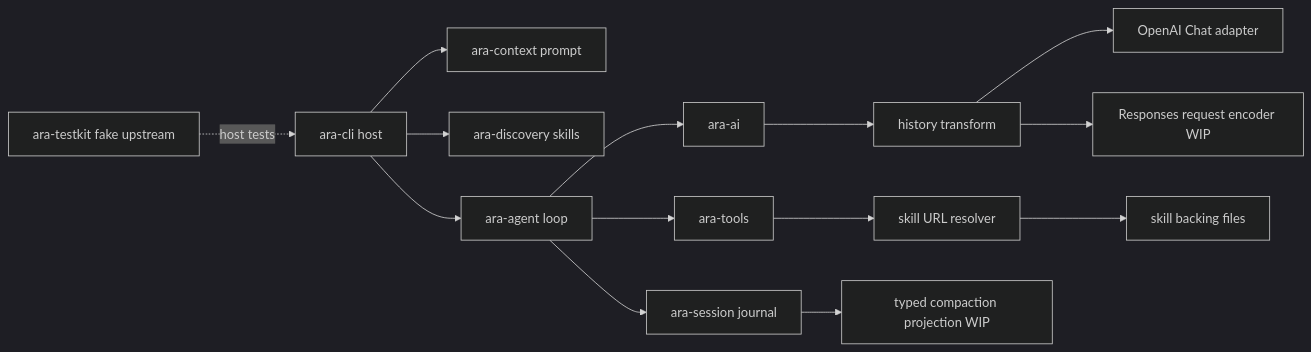
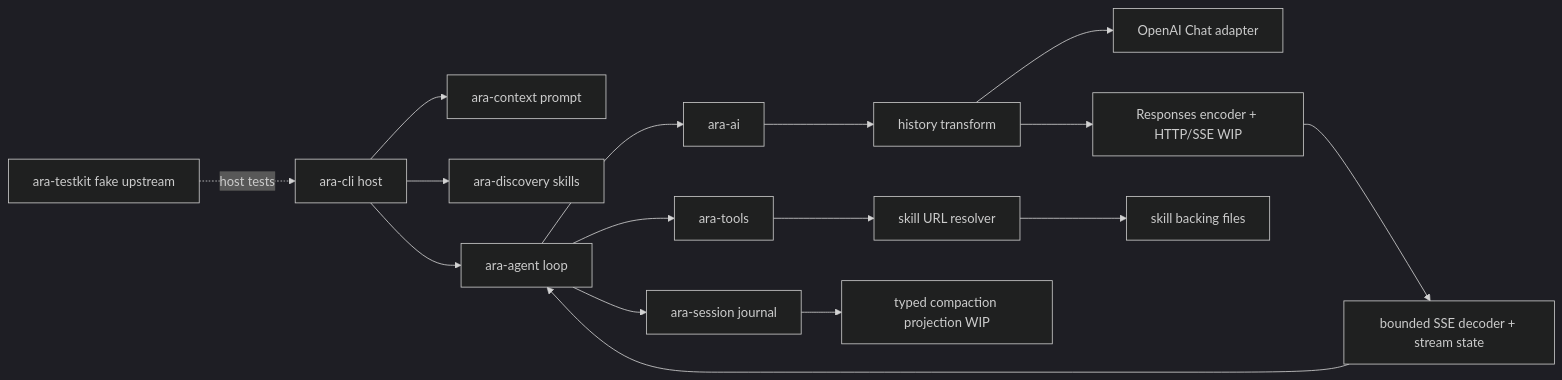
One commit to ZZray/ara changed the diagram in docs/handoffs/2026-09-27.md. Above: the diagram before and after it, drawn with Mermaid (dark theme). The commit also changed other lines of this file and 11 other files, not shown here.

Commit message:
WIP: stream stateless Responses through CLI

````diff
--- a/docs/handoffs/2026-09-27.md
+++ b/docs/handoffs/2026-09-27.md
@@ -47,16 +49,18 @@
 ```mermaid
 flowchart LR
     CLI[ara-cli host] --> CTX[ara-context prompt]
     CLI --> DISC[ara-discovery skills]
     CLI --> AGT[ara-agent loop]
     AGT --> AI[ara-ai]
     AI --> XFORM[history transform]
     XFORM --> PROVIDER[OpenAI Chat adapter]
-    XFORM --> RESP[Responses request encoder WIP]
+    XFORM --> RESP[Responses encoder + HTTP/SSE WIP]
+    RESP --> SSE[bounded SSE decoder + stream state]
+    SSE --> AGT
     AGT --> TOOLS[ara-tools]
     TOOLS --> URL[skill URL resolver]
     URL --> FS[skill backing files]
     AGT --> SES[ara-session journal]
     SES --> PROJ[typed compaction projection WIP]
     TK[ara-testkit fake upstream] -. host tests .-> CLI
 ```
````
